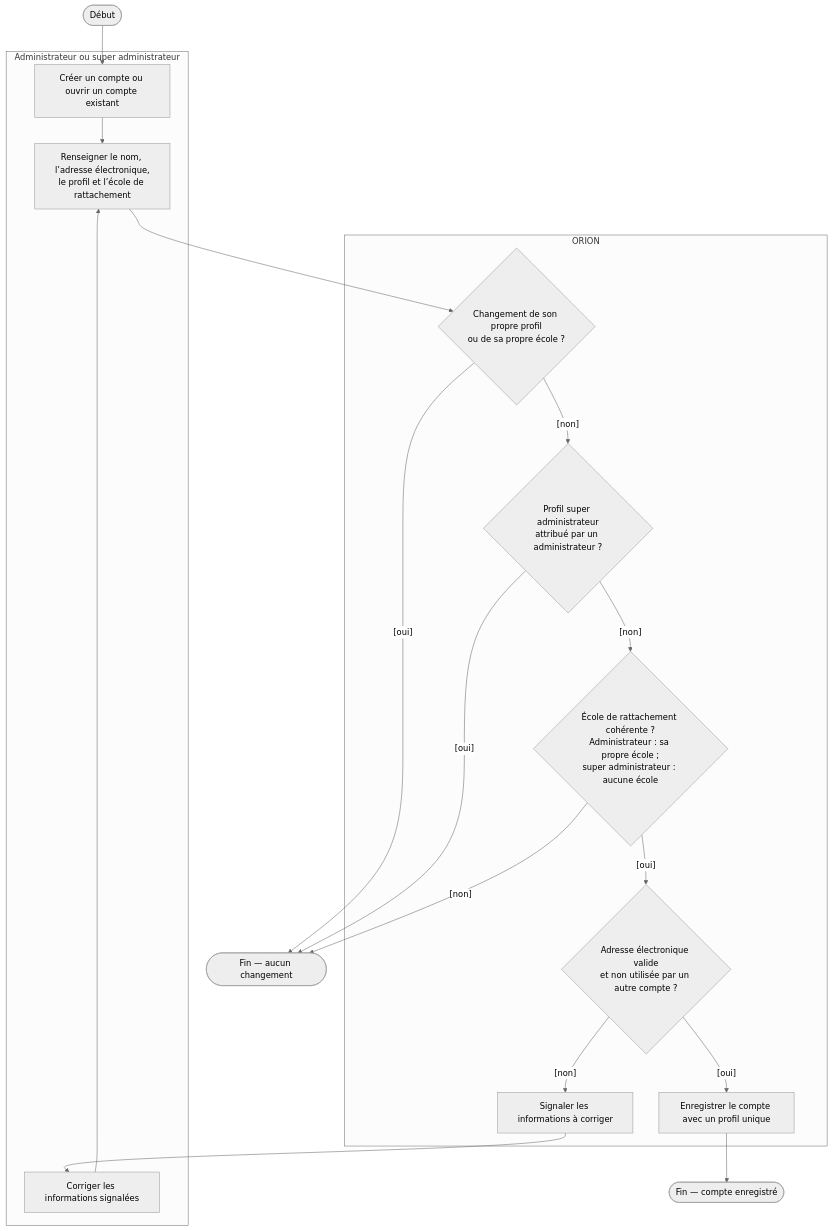
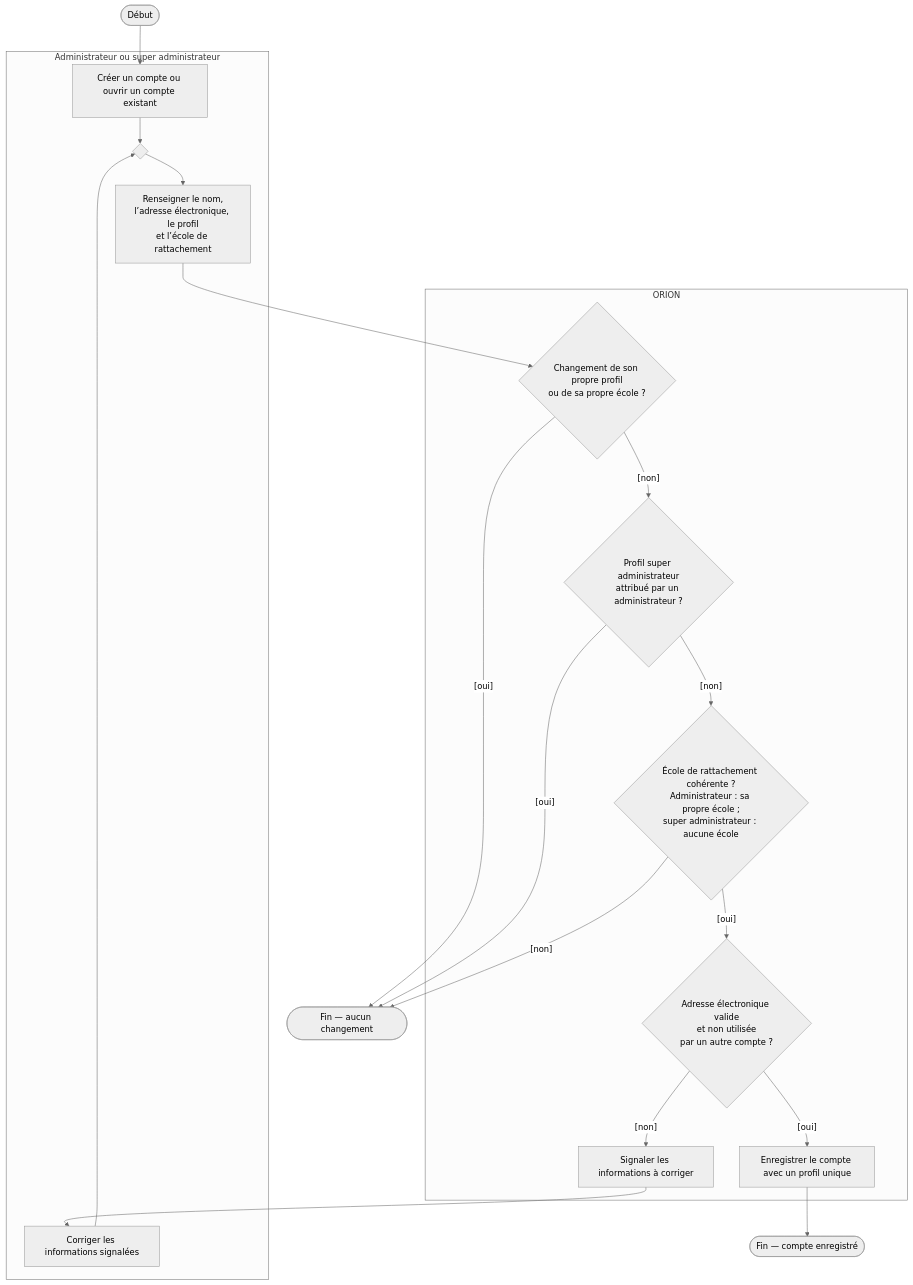
Diagram 16 of 19 in docs/02-ANALYSE/02-CAPTURE-DES-BESOINS/08-DIAGRAMMES-ACTIVITE-CAS-UTILISATION.md (bpierrelouis/aster), drawn with Mermaid (neutral theme) before and after one commit. The commit also changed other lines of this file and 34 other files, not shown here.

First line of the commit message:
docs(diagrammes): aligner les diagrammes UML sur le code et les remettre en page

````diff
--- a/docs/02-ANALYSE/02-CAPTURE-DES-BESOINS/08-DIAGRAMMES-ACTIVITE-CAS-UTILISATION.md
+++ b/docs/02-ANALYSE/02-CAPTURE-DES-BESOINS/08-DIAGRAMMES-ACTIVITE-CAS-UTILISATION.md
@@ -518,31 +548,32 @@
 ```mermaid
 flowchart TD
     debut(["Début"])
     fin(["Fin — compte enregistré"])
     finRefus(["Fin — aucun changement"])
 
     subgraph ACTEUR["Administrateur ou super administrateur"]
         choisir["Créer un compte ou ouvrir un compte existant"]
-        saisir["Renseigner le nom, l’adresse électronique,<br/>le profil et l’école de rattachement"]
+        fusionSaisir{" "}
+        saisir["Renseigner le nom,<br/>l’adresse électronique, le profil<br/>et l’école de rattachement"]
         corriger["Corriger les informations signalées"]
     end
 
     subgraph SYSTEME["ORION"]
         propre{"Changement de son propre profil<br/>ou de sa propre école ?"}
         superAdmin{"Profil super administrateur<br/>attribué par un administrateur ?"}
         ecole{"École de rattachement cohérente ?<br/>Administrateur : sa propre école ;<br/>super administrateur : aucune école"}
-        adresse{"Adresse électronique valide<br/>et non utilisée par un autre compte ?"}
+        adresse{"Adresse électronique valide<br/>et non utilisée<br/>par un autre compte ?"}
         signaler["Signaler les informations à corriger"]
         enregistrer["Enregistrer le compte avec un profil unique"]
     end
 
-    debut --> choisir --> saisir --> propre
+    debut --> choisir --> fusionSaisir --> saisir --> propre
     propre -->|"[oui]"| finRefus
     propre -->|"[non]"| superAdmin
     superAdmin -->|"[oui]"| finRefus
     superAdmin -->|"[non]"| ecole
     ecole -->|"[non]"| finRefus
     ecole -->|"[oui]"| adresse
-    adresse -->|"[non]"| signaler --> corriger --> saisir
+    adresse -->|"[non]"| signaler --> corriger --> fusionSaisir
     adresse -->|"[oui]"| enregistrer --> fin
 ```
````
